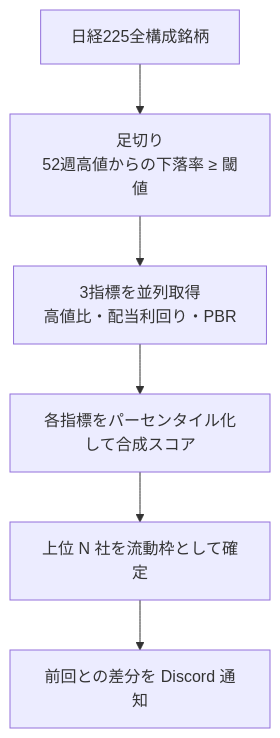
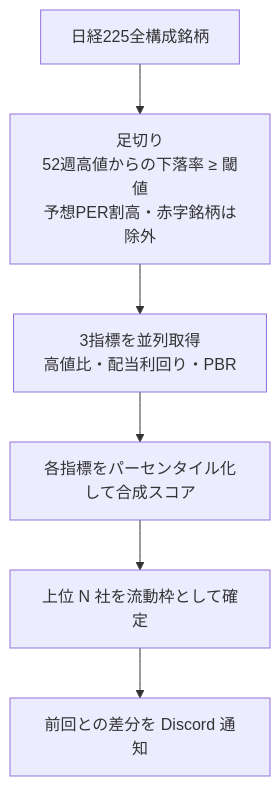
The fourth of 4 diagrams in docs/guide/features.md (tanatosflower/stock-monitor-docs), drawn with Mermaid before and after one commit. The commit also changed other lines of this file, not shown here.

````diff
--- a/docs/guide/features.md
+++ b/docs/guide/features.md
@@ -169,8 +171,8 @@
 ```mermaid
 flowchart TD
-    A[日経225全構成銘柄] --> B[足切り<br/>52週高値からの下落率 ≥ 閾値]
+    A[日経225全構成銘柄] --> B[足切り<br/>52週高値からの下落率 ≥ 閾値<br/>予想PER割高・赤字銘柄は除外]
     B --> C[3指標を並列取得<br/>高値比・配当利回り・PBR]
     C --> D[各指標をパーセンタイル化して合成スコア]
     D --> E[上位 N 社を流動枠として確定]
     E --> F[前回との差分を Discord 通知]
 ```
````
